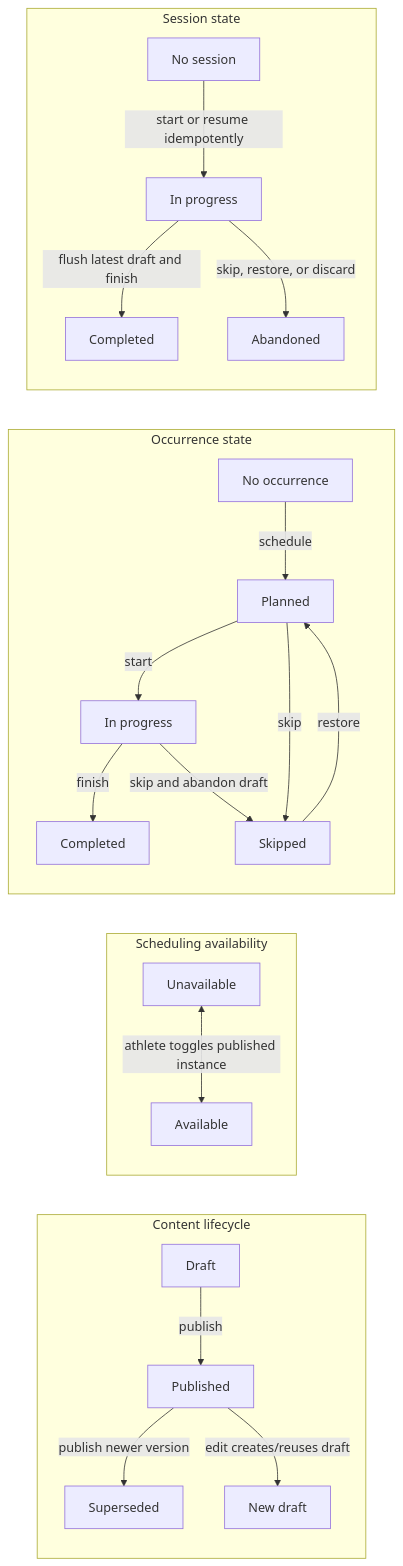
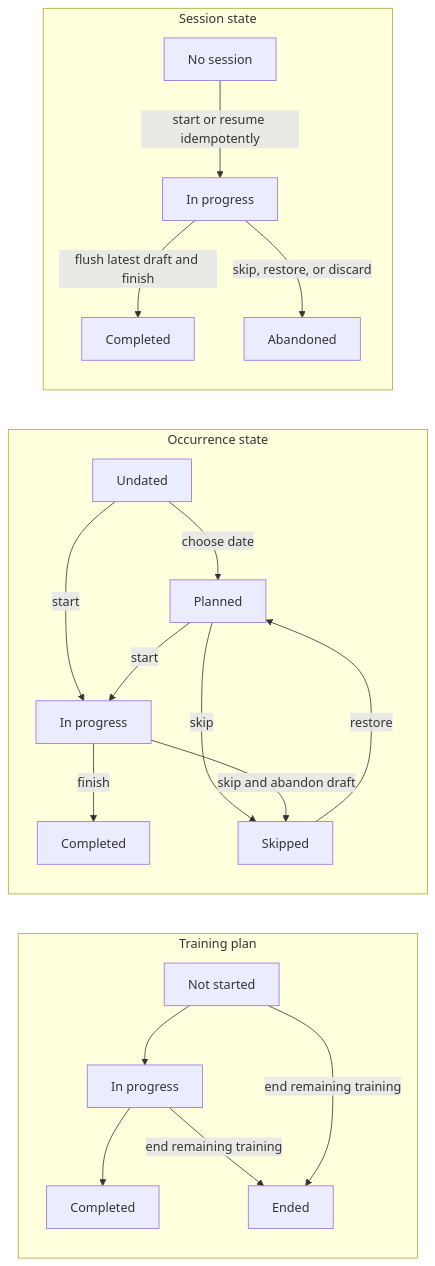
Before and after one commit to TJurijs/lift-log: the diagram in docs/PRODUCT_MODEL_AND_CAPABILITIES.md, drawn with Mermaid. The commit also changed other lines of this file and 130 other files, not shown here.

````diff
--- a/docs/PRODUCT_MODEL_AND_CAPABILITIES.md
+++ b/docs/PRODUCT_MODEL_AND_CAPABILITIES.md
@@ -30,27 +32,25 @@
 ```mermaid
 flowchart LR
-  subgraph Content[Content lifecycle]
-    CD[Draft] -->|publish| CP[Published]
-    CP -->|publish newer version| CS[Superseded]
-    CP -->|edit creates/reuses draft| CD2[New draft]
-  end
-
-  subgraph Availability[Scheduling availability]
-    AU[Unavailable] <--> |athlete toggles published instance| AA[Available]
+  subgraph Plan[Training plan]
+    PN[Not started] --> PI[In progress]
+    PI --> PC[Completed]
+    PN -->|end remaining training| PE[Ended]
+    PI -->|end remaining training| PE
   end
 
   subgraph Occurrence[Occurrence state]
-    ON[No occurrence] -->|schedule| OP[Planned]
-    OP -->|start| OI[In progress]
+    ON[Undated] -->|choose date| OP[Planned]
+    ON -->|start| OI[In progress]
+    OP -->|start| OI
     OI -->|finish| OC[Completed]
     OP -->|skip| OS[Skipped]
     OI -->|skip and abandon draft| OS
     OS -->|restore| OP
   end
 
   subgraph Session[Session state]
     SN[No session] -->|start or resume idempotently| SI[In progress]
     SI -->|flush latest draft and finish| SC[Completed]
     SI -->|skip, restore, or discard| SA[Abandoned]
   end
 ```
````
